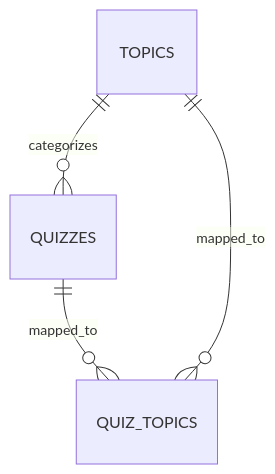
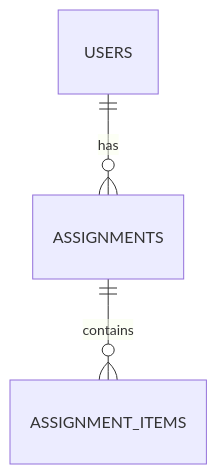
Before and after one commit to AryehRotberg/english-student-system: the second of 4 diagrams in README.md, drawn with Mermaid. The commit also changed other lines of this file and 159 other files, not shown here.

First line of the commit message:
feat: add assignment and quiz management modules

````diff
--- a/README.md
+++ b/README.md
@@ -133,7 +98,5 @@
 ```mermaid
 erDiagram
-    TOPICS ||--o{ QUIZZES : categorizes
-
-    QUIZZES ||--o{ QUIZ_TOPICS : mapped_to
-    TOPICS ||--o{ QUIZ_TOPICS : mapped_to
+    USERS ||--o{ ASSIGNMENTS : has
+    ASSIGNMENTS ||--o{ ASSIGNMENT_ITEMS : contains
 ```
````
